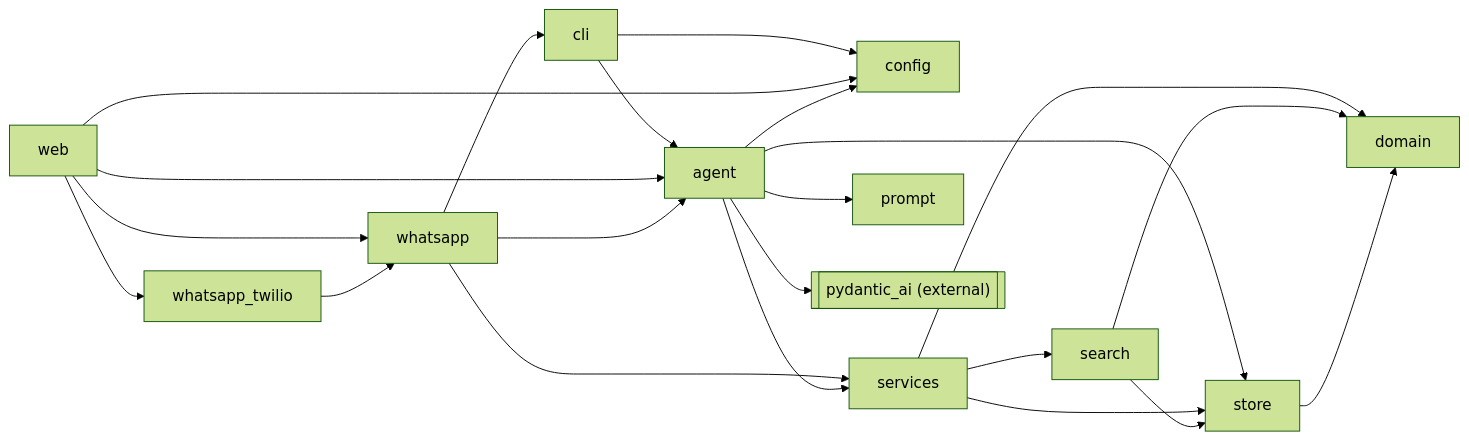
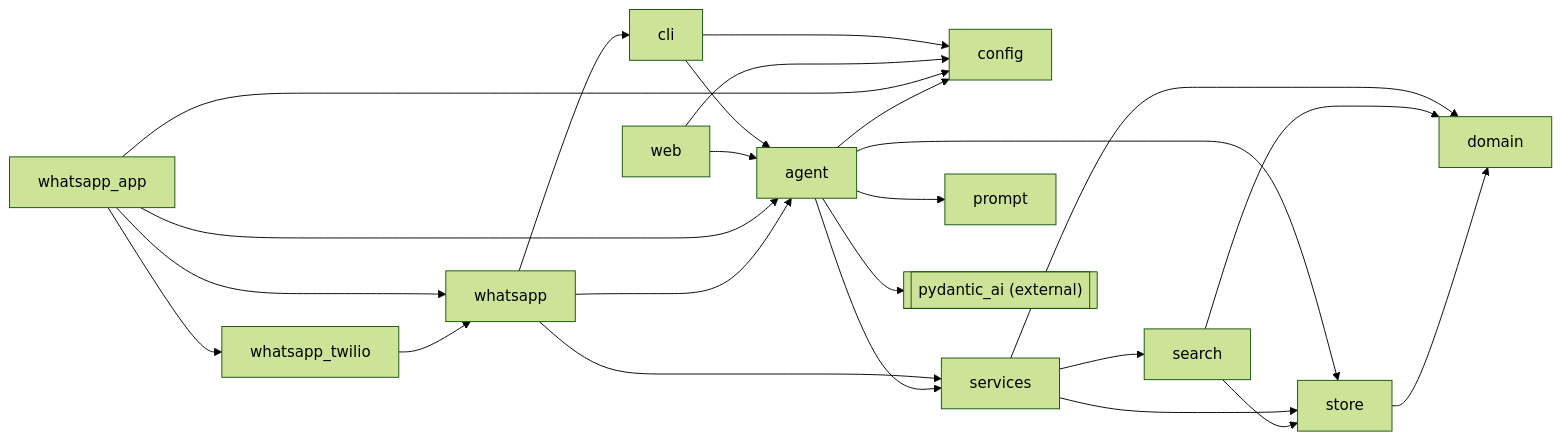
The first of 2 diagrams in README.md (rodrigotriboni1/emporio-agent), drawn with Mermaid (forest theme) before and after one commit. The commit also changed other lines of this file and 1 other file, not shown here.

Commit message:
docs: point the tunnel at the webhook app and list replay and recycled-number limits

````diff
--- a/README.md
+++ b/README.md
@@ -141,25 +158,27 @@
 ```mermaid
 flowchart LR
     cli --> config
     cli --> agent
     web --> config
     web --> agent
-    web --> whatsapp
-    web --> whatsapp_twilio
+    whatsapp_app --> config
+    whatsapp_app --> agent
+    whatsapp_app --> whatsapp
+    whatsapp_app --> whatsapp_twilio
     whatsapp --> agent
     whatsapp --> cli
     whatsapp --> services
     whatsapp_twilio --> whatsapp
     agent --> config
     agent --> prompt
     agent --> services
     agent --> store
     agent --> pydantic_ai
     services --> domain
     services --> store
     services --> search
     search --> domain
     search --> store
     store --> domain
     pydantic_ai[["pydantic_ai (external)"]]
 ```
````
